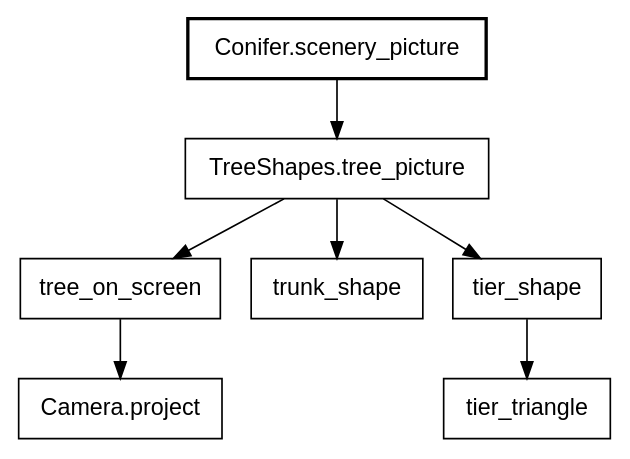
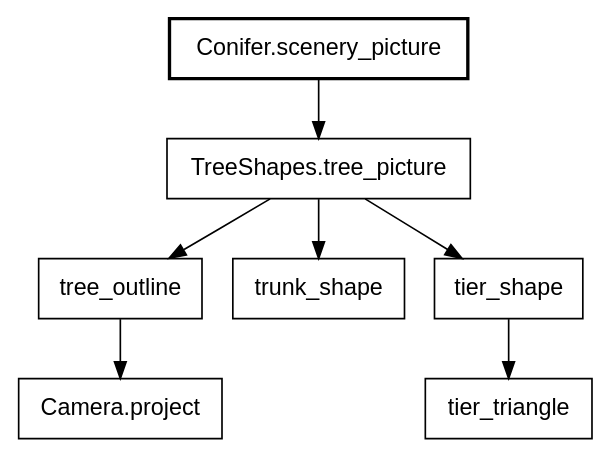
One commit to showell/roc-apps changed the sixth of 34 diagrams in canvas_apps/safari/tutorial/tutorial.md. Above: the diagram before and after it, drawn with Graphviz. The commit also changed other lines of this file and 3 other files, not shown here.

First line of the commit message:
safari: TreeOnScreen is TreeOutline, where a tree's edges fall in pixels

````diff
--- a/canvas_apps/safari/tutorial/tutorial.md
+++ b/canvas_apps/safari/tutorial/tutorial.md
@@ -389,12 +389,12 @@
 ```dot
 digraph tree {
   node [shape=box, fontname="Helvetica"];
   "Conifer.scenery_picture" [style=bold];
   "Conifer.scenery_picture" -> "TreeShapes.tree_picture";
-  "TreeShapes.tree_picture" -> "tree_on_screen";
-  "tree_on_screen" -> "Camera.project";
+  "TreeShapes.tree_picture" -> "tree_outline";
+  "tree_outline" -> "Camera.project";
   "TreeShapes.tree_picture" -> "trunk_shape";
   "TreeShapes.tree_picture" -> "tier_shape";
   "tier_shape" -> "tier_triangle";
 }
 ```
````
